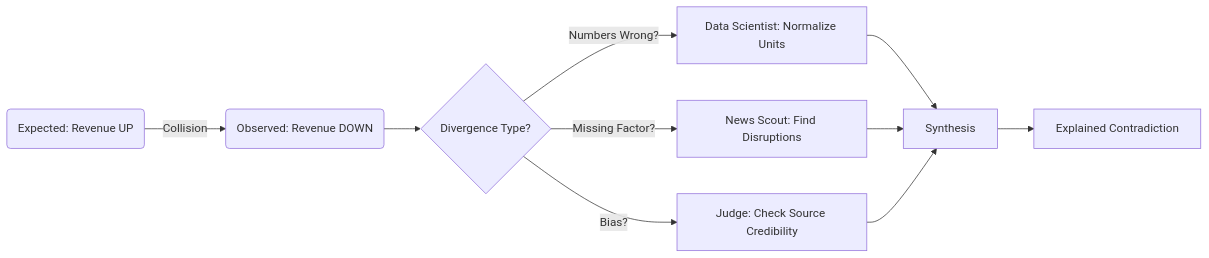
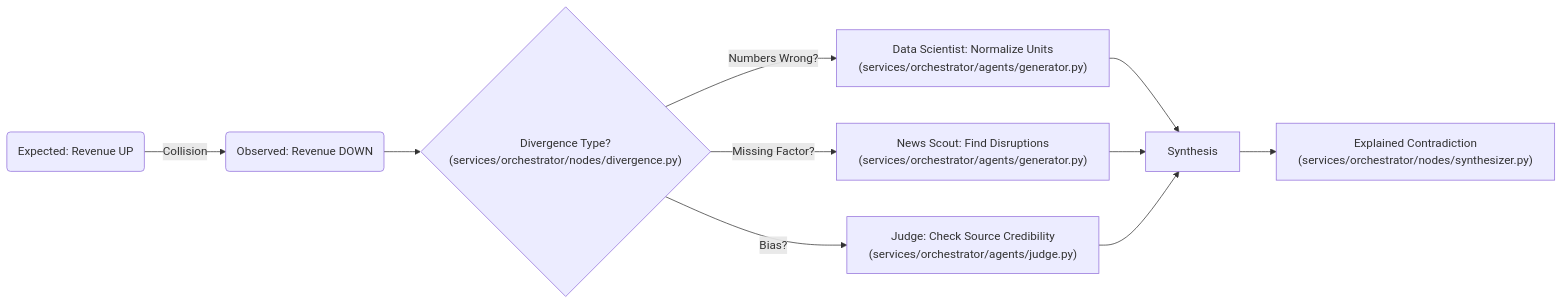
One commit to azzindani/Kea changed the fifth of 16 diagrams in README.md. Above: the diagram before and after it, drawn with Mermaid. The commit also changed other lines of this file, not shown here.

Commit message:
docs: Add file path references to Mermaid diagrams in README.md for improved clarity.

````diff
--- a/README.md
+++ b/README.md
@@ -569,14 +569,14 @@
 ```mermaid
 graph LR
     Hypothesis(Expected: Revenue UP) --Collision--> Reality(Observed: Revenue DOWN)
-    Reality --> Trigger{Divergence Type?}
+    Reality --> Trigger{"Divergence Type?<br/>(services/orchestrator/nodes/divergence.py)"}
     
-    Trigger --"Numbers Wrong?"--> AgentA[Data Scientist: Normalize Units]
-    Trigger --"Missing Factor?"--> AgentB[News Scout: Find Disruptions]
-    Trigger --"Bias?"--> AgentC[Judge: Check Source Credibility]
+    Trigger --"Numbers Wrong?"--> AgentA["Data Scientist: Normalize Units<br/>(services/orchestrator/agents/generator.py)"]
+    Trigger --"Missing Factor?"--> AgentB["News Scout: Find Disruptions<br/>(services/orchestrator/agents/generator.py)"]
+    Trigger --"Bias?"--> AgentC["Judge: Check Source Credibility<br/>(services/orchestrator/agents/judge.py)"]
     
     AgentA --> Synthesis
     AgentB --> Synthesis
     AgentC --> Synthesis
-    Synthesis --> FinalReport[Explained Contradiction]
+    Synthesis --> FinalReport["Explained Contradiction<br/>(services/orchestrator/nodes/synthesizer.py)"]
 ```
````
